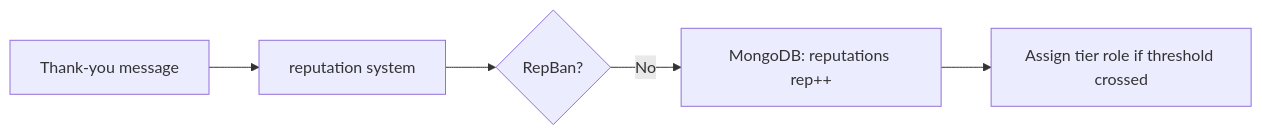
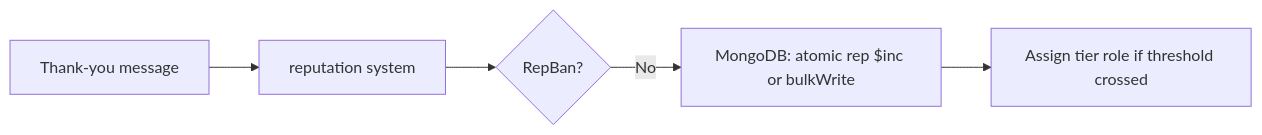
The second of 3 diagrams in docs/database.md (Vasumitra-Gajbhiye/Ralevel-Discord-Bot), drawn with Mermaid before and after one commit. The commit also changed other lines of this file and 5 other files, not shown here.

````diff
--- a/docs/database.md
+++ b/docs/database.md
@@ -457,7 +457,7 @@
 ```mermaid
 flowchart LR
     MSG[Thank-you message] --> REP[reputation system]
     REP --> CHECK{RepBan?}
-    CHECK -->|No| MONGO["MongoDB: reputations rep++"]
+    CHECK -->|No| MONGO["MongoDB: atomic rep $inc or bulkWrite"]
     MONGO --> TIER[Assign tier role if threshold crossed]
 ```
````
